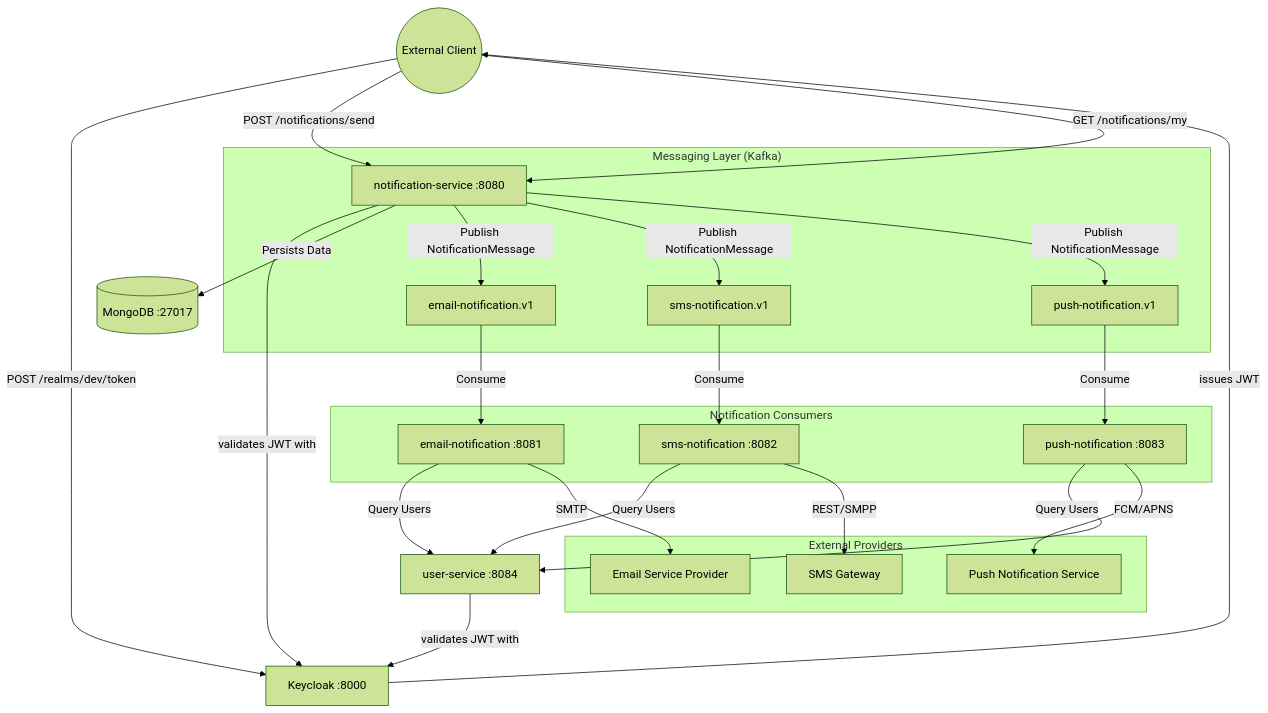
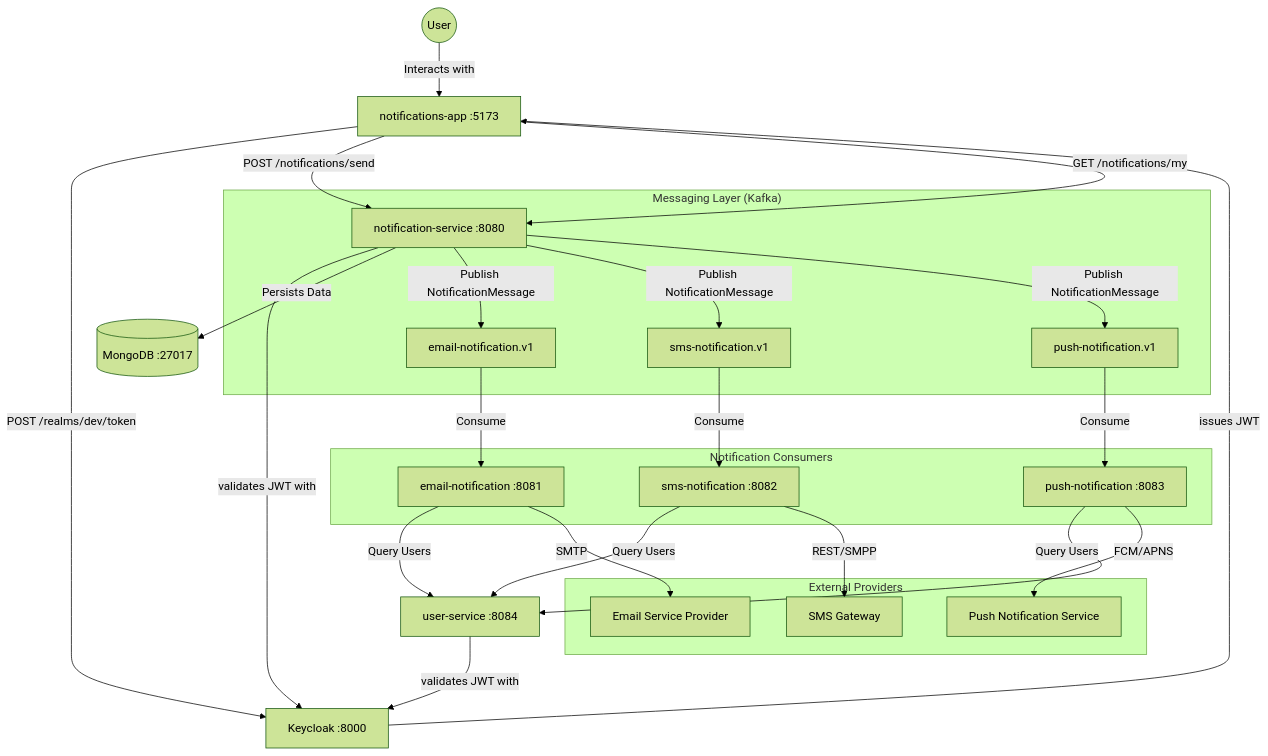
One commit to MarkoLuna/NofificationSystem changed the first of 3 diagrams in architecture.md. Above: the diagram before and after it, drawn with Mermaid (forest theme). The commit also changed other lines of this file and 30 other files, not shown here.

````diff
--- a/architecture.md
+++ b/architecture.md
@@ -11,34 +11,36 @@
 ```mermaid
 graph TD
-    Client((External Client)) -->|POST /realms/dev/token| KC[Keycloak :8000]
-    Client -->|POST /notifications/send| NS[notification-service :8080]
-    Client -->|GET /notifications/my| NS
+    User((User)) -->|Interacts with| FE[notifications-app :5173]
+    
+    FE -->|POST /realms/dev/token| KC[Keycloak :8000]
+    FE -->|POST /notifications/send| NS[notification-service :8080]
+    FE -->|GET /notifications/my| NS
 
-    KC -->|issues JWT| Client
+    KC -->|issues JWT| FE
     NS -->|validates JWT with| KC
     US[user-service :8084] -->|validates JWT with| KC
 
     NS -->|Persists Data| Mongo[(MongoDB :27017)]
 
     subgraph "Messaging Layer (Kafka)"
         NS -->|Publish NotificationMessage| EmailTopic[email-notification.v1]
         NS -->|Publish NotificationMessage| SMSTopic[sms-notification.v1]
         NS -->|Publish NotificationMessage| PushTopic[push-notification.v1]
     end
 
     subgraph "Notification Consumers"
         EmailTopic -->|Consume| EmailService[email-notification :8081]
         SMSTopic -->|Consume| SMSService[sms-notification :8082]
         PushTopic -->|Consume| PushService[push-notification :8083]
     end
 
     EmailService -->|Query Users| US
     SMSService -->|Query Users| US
     PushService -->|Query Users| US
 
     subgraph "External Providers"
         EmailService -->|SMTP| ExtEmail[Email Service Provider]
         SMSService -->|REST/SMPP| ExtSMS[SMS Gateway]
         PushService -->|FCM/APNS| ExtPush[Push Notification Service]
     end
 ```
````
